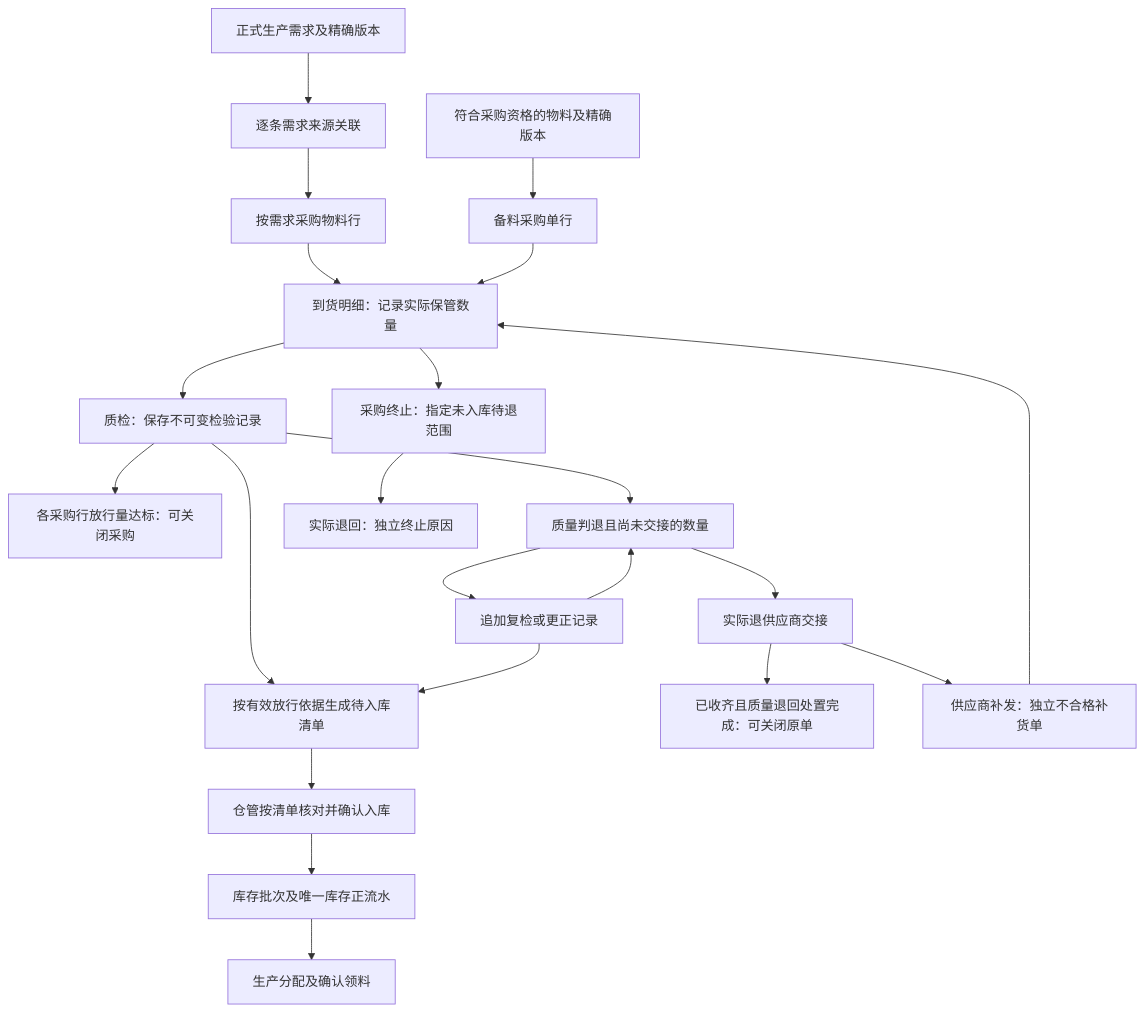
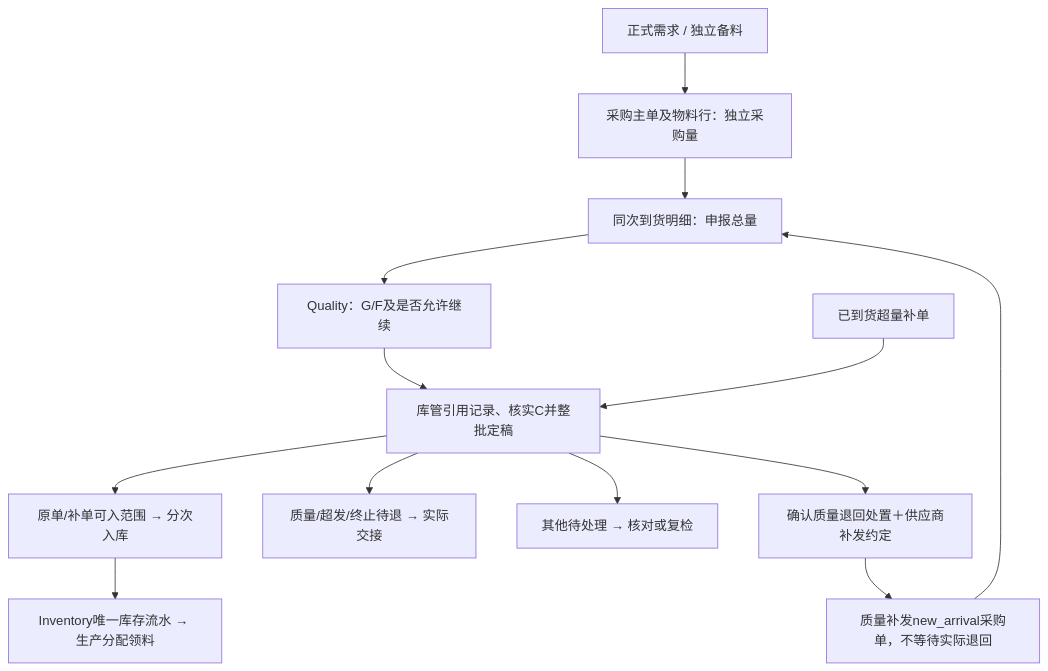
One commit to ikarosl/mes changed the diagram in docs/procurement-inbound-design.md. Above: the diagram before and after it, drawn with Mermaid. The commit also changed other lines of this file and 333 other files, not shown here.

````diff
--- a/docs/procurement-inbound-design.md
+++ b/docs/procurement-inbound-design.md
@@ -42,24 +25,15 @@
 ```mermaid
 flowchart TD
-  D[正式生产需求及精确版本] --> DS[逐条需求来源关联]
-  DS --> P[按需求采购物料行]
-  V[符合采购资格的物料及精确版本] --> S[备料采购单行]
-  P --> A[到货明细：记录实际保管数量]
-  S --> A
-  A --> Q[质检：保存不可变检验记录]
-  Q --> PC[各采购行放行量达标：可关闭采购]
-  Q --> G[按有效放行依据生成待入库清单]
-  Q --> N[质量判退且尚未交接的数量]
-  N --> R[实际退供应商交接]
-  R --> RC[已收齐且质量退回处置完成：可关闭原单]
-  R --> C[供应商补发：独立不合格补货单]
-  C --> A
-  A --> X[采购终止：指定未入库待退范围]
-  X --> XR[实际退回：独立终止原因]
-  N --> Q2[追加复检或更正记录]
-  Q2 --> G
-  Q2 --> N
-  G --> I[仓管按清单核对并确认入库]
-  I --> B[库存批次及唯一库存正流水]
-  B --> L[生产分配及确认领料]
+ D["正式需求 / 独立备料"] --> P["采购主单及物料行：独立采购量"]
+ P --> R["同次到货明细：申报总量"]
+ R --> Q["Quality：G/F及是否允许继续"]
+ Q --> A["库管引用记录、核实C并整批定稿"]
+ S["已到货超量补单"] --> A
+ A --> I["原单/补单可入范围 → 分次入库"]
+ A --> T["质量/超发/终止待退 → 实际交接"]
+ A --> U["其他待处理 → 核对或复检"]
+ I --> L["Inventory唯一库存流水 → 生产分配领料"]
+ A --> QR["确认质量退回处置＋供应商补发约定"]
+ QR --> N["质量补发new_arrival采购单，不等待实际退回"]
+ N --> R
 ```
````
